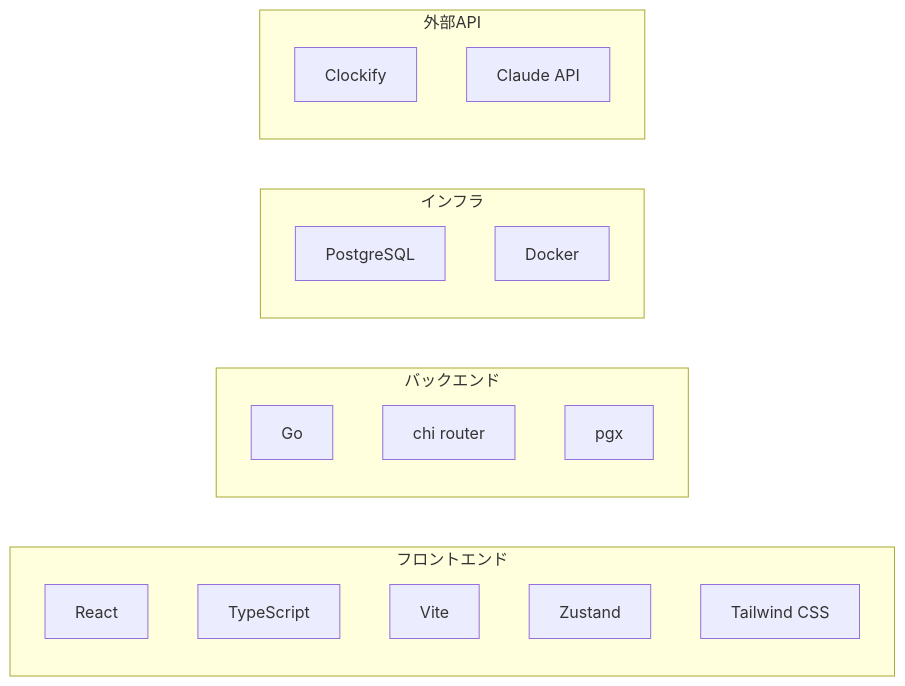
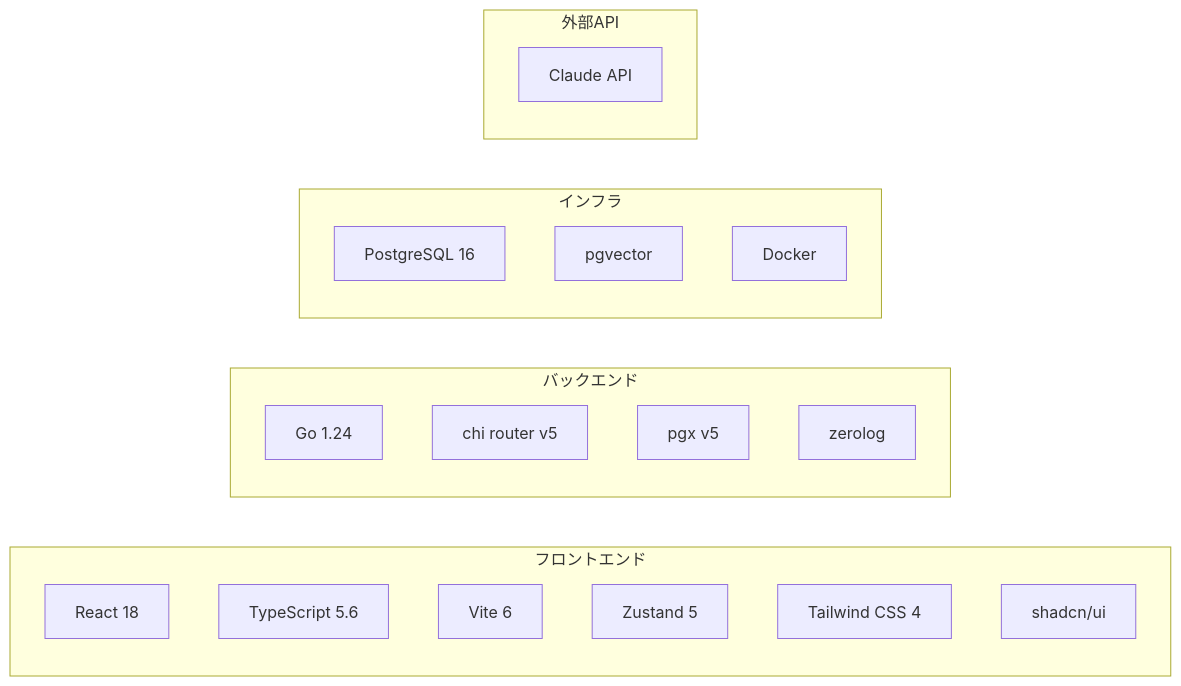
One commit to yu-min3/kensan changed diagram 15 of 15 in mydocs/architecture_guide_for_beginners.md. Above: the diagram before and after it, drawn with Mermaid. The commit also changed other lines of this file and 85 other files, not shown here.

````diff
--- a/mydocs/architecture_guide_for_beginners.md
+++ b/mydocs/architecture_guide_for_beginners.md
@@ -513,26 +692,28 @@
 ```mermaid
 graph LR
     subgraph "フロントエンド"
-        R["React"]
-        TS["TypeScript"]
-        V["Vite"]
-        Z["Zustand"]
-        TW["Tailwind CSS"]
+        R["React 18"]
+        TS["TypeScript 5.6"]
+        V["Vite 6"]
+        Z["Zustand 5"]
+        TW["Tailwind CSS 4"]
+        SH["shadcn/ui"]
     end
 
     subgraph "バックエンド"
-        GO["Go"]
-        CHI["chi router"]
-        PGX["pgx"]
+        GO["Go 1.24"]
+        CHI["chi router v5"]
+        PGX["pgx v5"]
+        ZL["zerolog"]
     end
 
     subgraph "インフラ"
-        PG["PostgreSQL"]
+        PG["PostgreSQL 16"]
+        PGV["pgvector"]
         D["Docker"]
     end
 
     subgraph "外部API"
-        CL["Clockify"]
         AI["Claude API"]
     end
 ```
````
